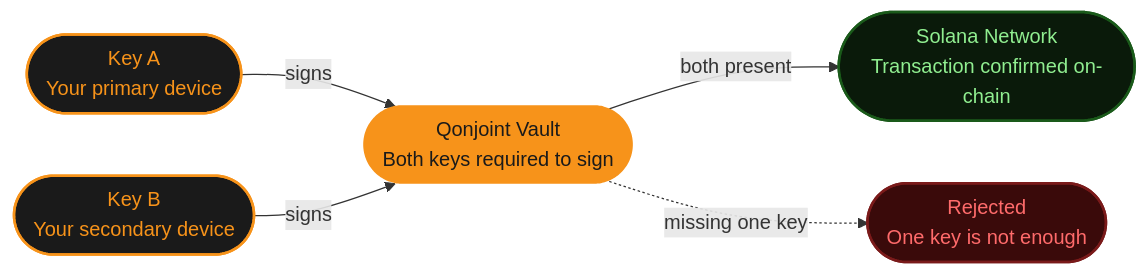
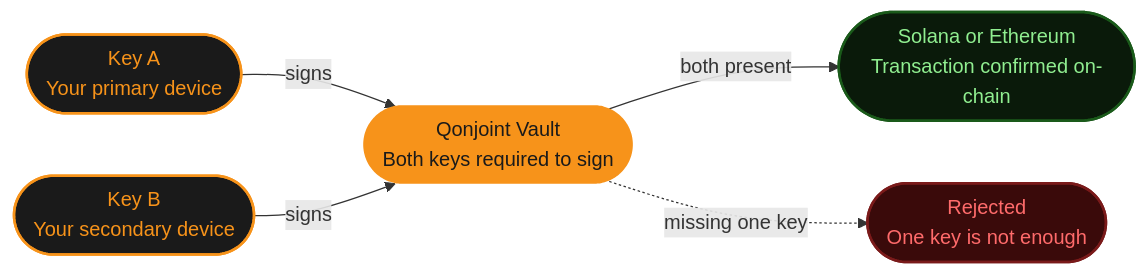
Before and after one commit to bitqoinorg/.github: the diagram in profile/README.md, drawn with Mermaid. The commit also changed other lines of this file, not shown here.

Commit message:
docs(org): update org profile to reflect multi-chain support, add ethereum badge and evm stack

````diff
--- a/profile/README.md
+++ b/profile/README.md
@@ -53,28 +54,27 @@
 ```mermaid
 flowchart LR
     classDef key fill:#1a1a1a,color:#F7931A,stroke:#F7931A,stroke-width:2px
     classDef vault fill:#F7931A,color:#1a1a1a,stroke:none
     classDef chain fill:#0a1a0a,color:#90ee90,stroke:#1a5a1a,stroke-width:2px
     classDef reject fill:#3a0a0a,color:#ff6b6b,stroke:#7a1a1a,stroke-width:2px
 
     KA(["Key A
 Your primary device"]):::key
     KB(["Key B
 Your secondary device"]):::key
     V(["Qonjoint Vault
 Both keys required to sign"]):::vault
-    S(["Solana Network
+    S(["Solana or Ethereum
 Transaction confirmed on-chain"]):::chain
     R(["Rejected
 One key is not enough"]):::reject
 
     KA -->|"signs"| V
     KB -->|"signs"| V
     V -->|"both present"| S
     V -. "missing one key" .-> R
 
     click V "https://github.com/bitqoinorg/wallet" "Open wallet repo"
-    click S "https://solana.com" "Solana"
     click KA "https://github.com/bitqoinorg/protocol" "Read the protocol spec"
     click KB "https://github.com/bitqoinorg/protocol" "Read the protocol spec"
 ```
````
